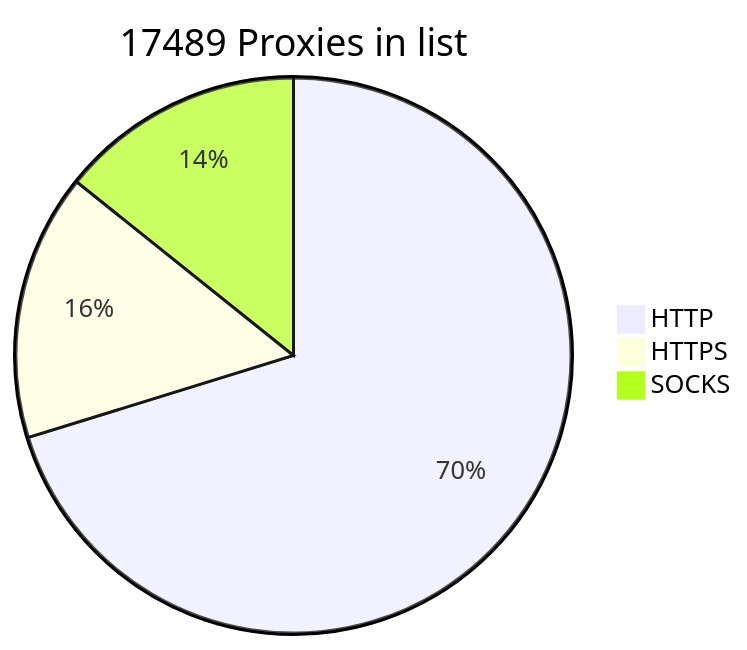
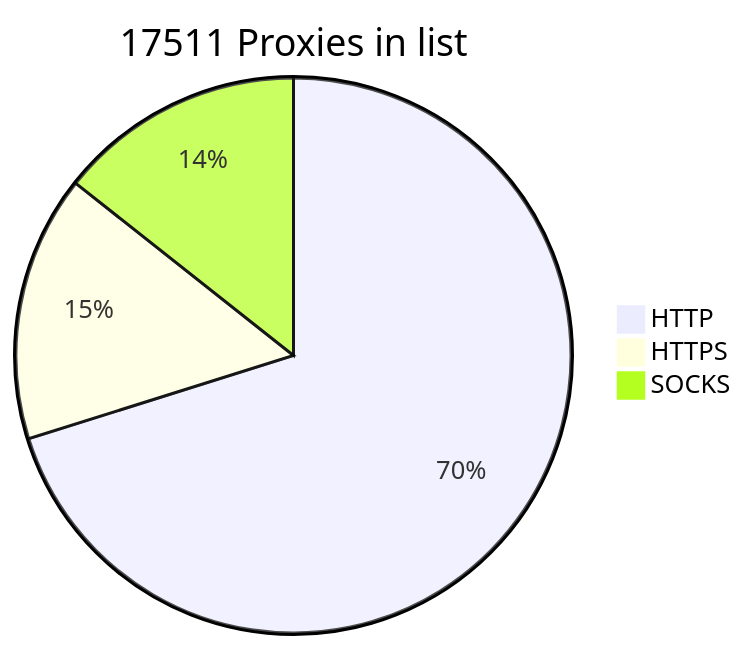
One commit to BlackSnowDot/proxylist-update-every-minute changed the diagram in README.md. Above: the diagram before and after it, drawn with Mermaid.

````diff
--- a/README.md
+++ b/README.md
@@ -2,6 +2,6 @@
 ```mermaid
-pie title 17489 Proxies in list
-    "HTTP" : 13214
-    "HTTPS": 2920
-    "SOCKS" : 2681
+pie title 17511 Proxies in list
+    "HTTP" : 13216
+    "HTTPS": 2919
+    "SOCKS" : 2703
 ```
````
